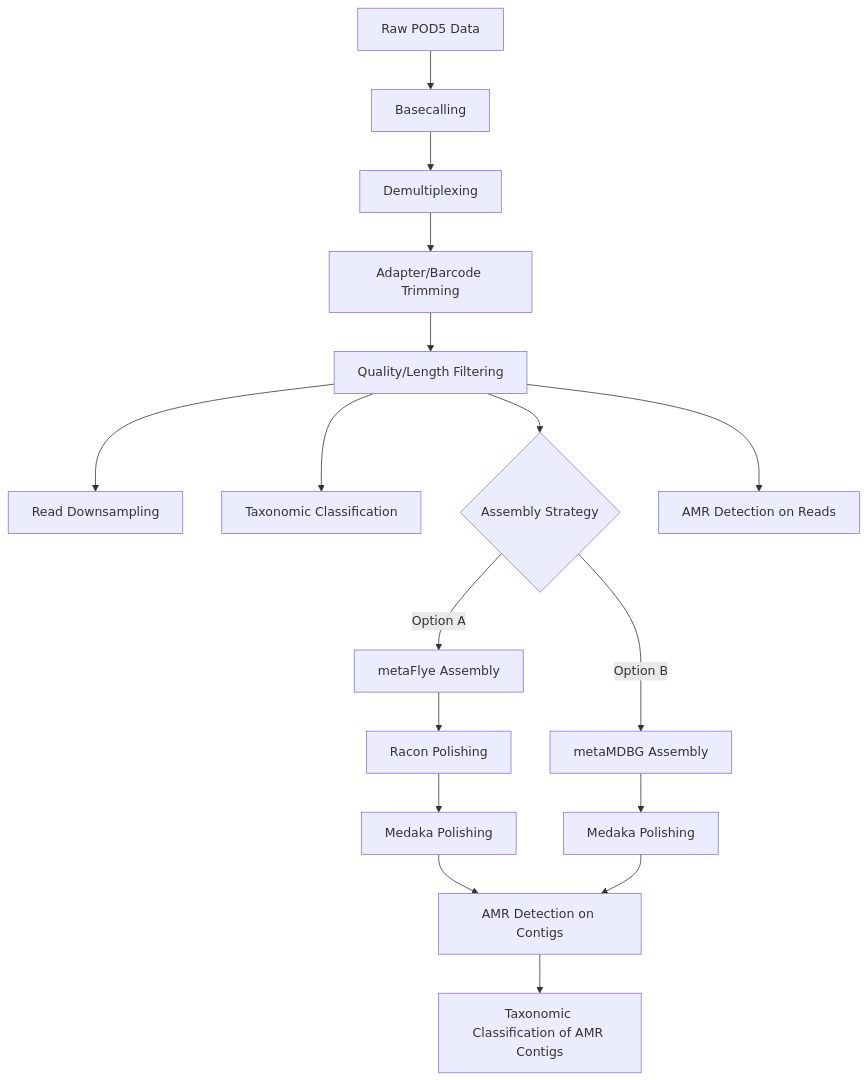
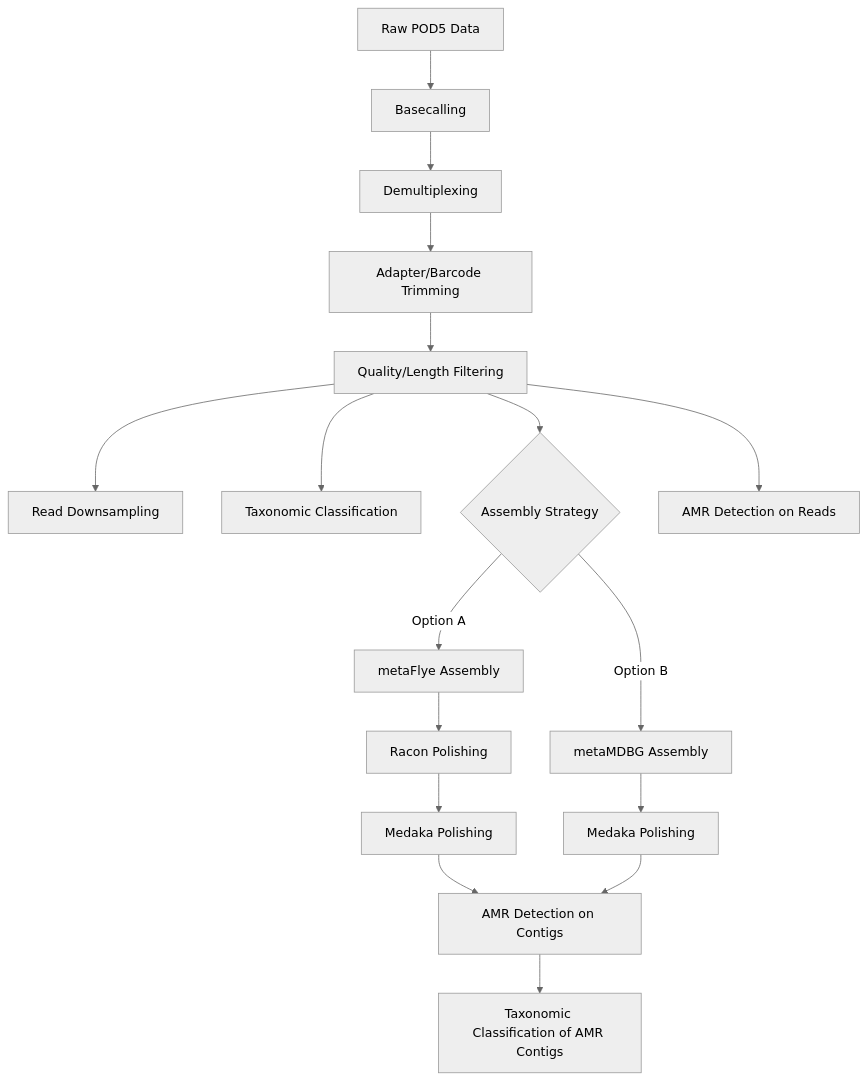
Before and after one commit to ttmgr/Wetland_Health: the diagram in dna_shotgun_analysis_pipeline.md, drawn with Mermaid.

````diff
--- a/dna_shotgun_analysis_pipeline.md
+++ b/dna_shotgun_analysis_pipeline.md
@@ -35,19 +35,20 @@
 ```mermaid
+%%{init: {'theme':'neutral'}}%%
 graph TD
     A[Raw POD5 Data] --> B[Basecalling]
     B --> C[Demultiplexing]
     C --> D[Adapter/Barcode Trimming]
     D --> E[Quality/Length Filtering]
     E --> F[Read Downsampling]
     E --> G[Taxonomic Classification]
     E --> H{Assembly Strategy}
     H -->|Option A| I[metaFlye Assembly]
     H -->|Option B| J[metaMDBG Assembly]
     I --> K[Racon Polishing]
     K --> L[Medaka Polishing]
     J --> M[Medaka Polishing]
     E --> N[AMR Detection on Reads]
     L --> O[AMR Detection on Contigs]
     M --> O
     O --> P[Taxonomic Classification of AMR Contigs]
 ```
````
